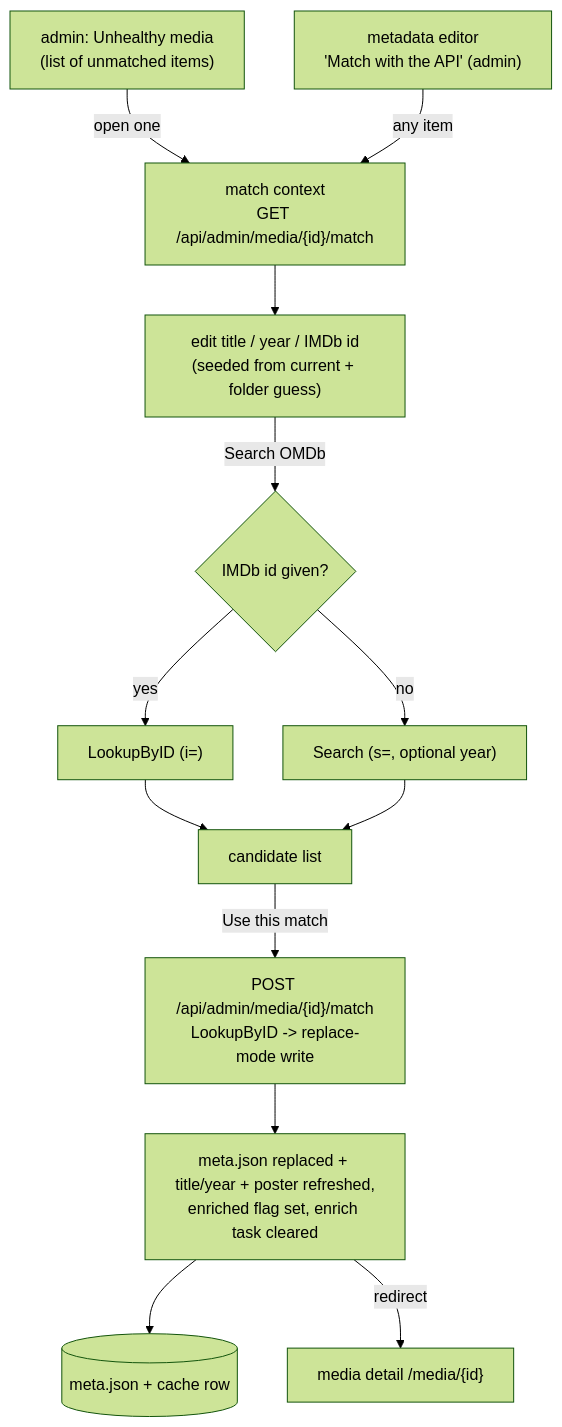
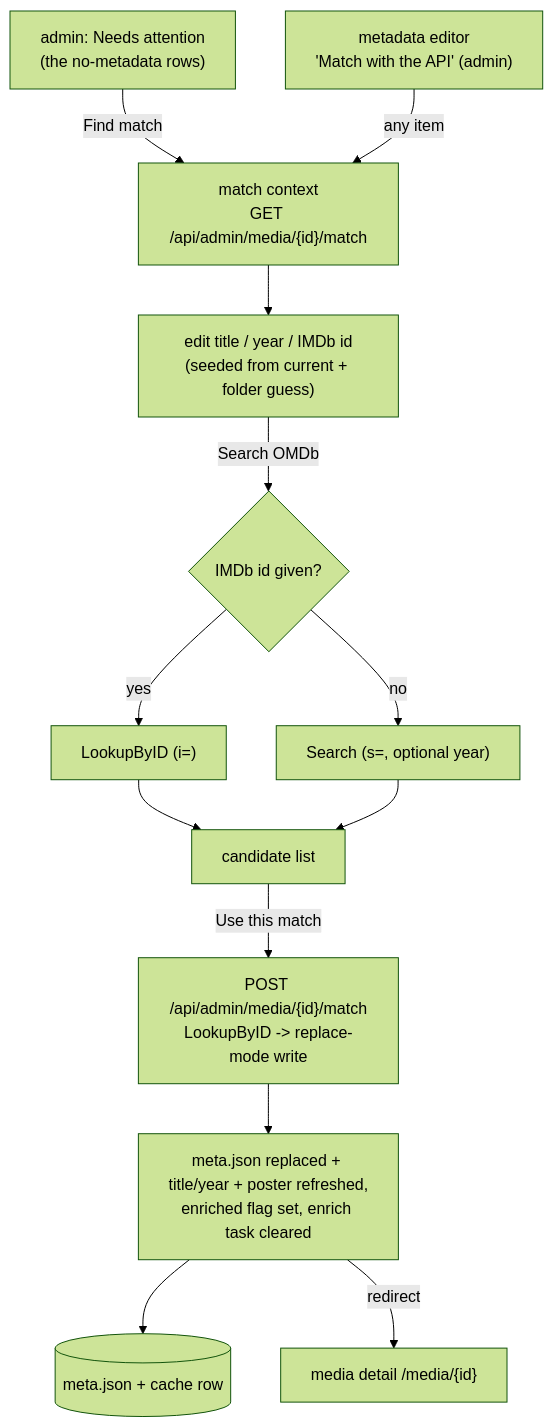
One commit to xuedi/FileFin changed the diagram in docs/rematch.md. Above: the diagram before and after it, drawn with Mermaid (forest theme). The commit also changed other lines of this file and 31 other files, not shown here.

First line of the commit message:
rename misnamed media folders, and rebuild the admin page around it

````diff
--- a/docs/rematch.md
+++ b/docs/rematch.md
@@ -44,15 +65,15 @@
 ```mermaid
 flowchart TD
-    L["admin: Unhealthy media<br/>(list of unmatched items)"] -->|open one| D["match context<br/>GET /api/admin/media/{id}/match"]
+    L["admin: Needs attention<br/>(the no-metadata rows)"] -->|Find match| D["match context<br/>GET /api/admin/media/{id}/match"]
     FM["metadata editor<br/>'Match with the API' (admin)"] -->|any item| D
     D --> E["edit title / year / IMDb id<br/>(seeded from current + folder guess)"]
     E -->|Search OMDb| S{"IMDb id given?"}
     S -->|yes| BYID["LookupByID (i=)"]
     S -->|no| SRCH["Search (s=, optional year)"]
     BYID --> C["candidate list"]
     SRCH --> C
     C -->|Use this match| AP["POST /api/admin/media/{id}/match<br/>LookupByID -> replace-mode write"]
     AP --> W["meta.json replaced + title/year + poster refreshed,<br/>enriched flag set, enrich task cleared"]
     W --> MJ[(meta.json + cache row)]
     W -->|redirect| DET["media detail /media/{id}"]
 ```
````
